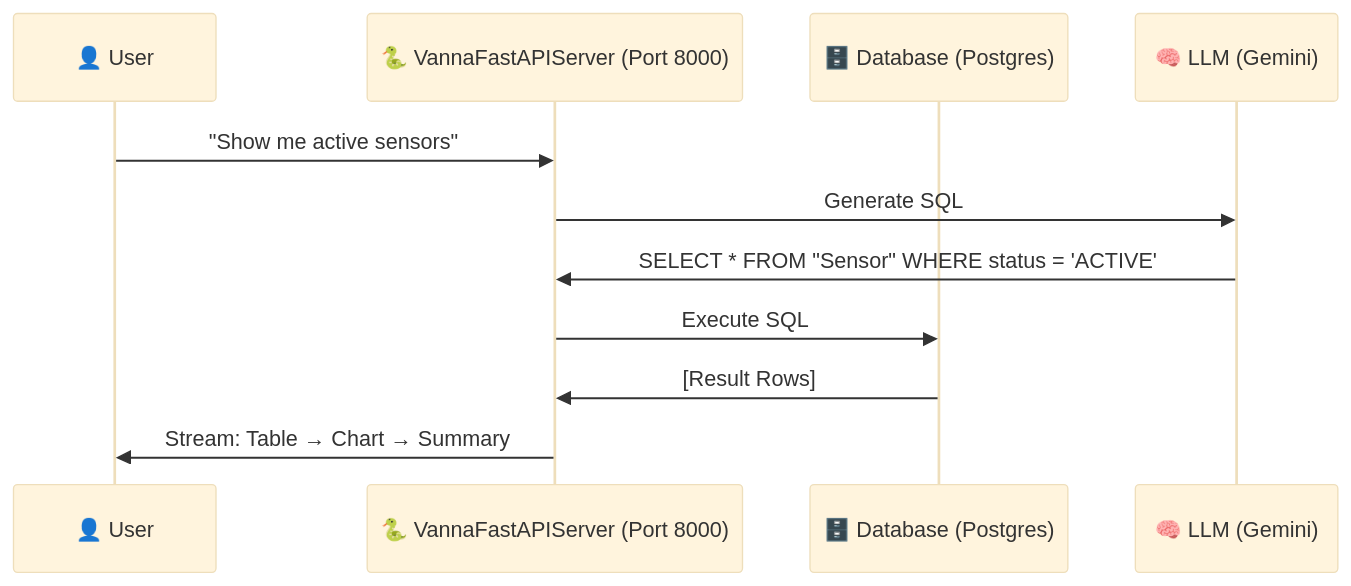
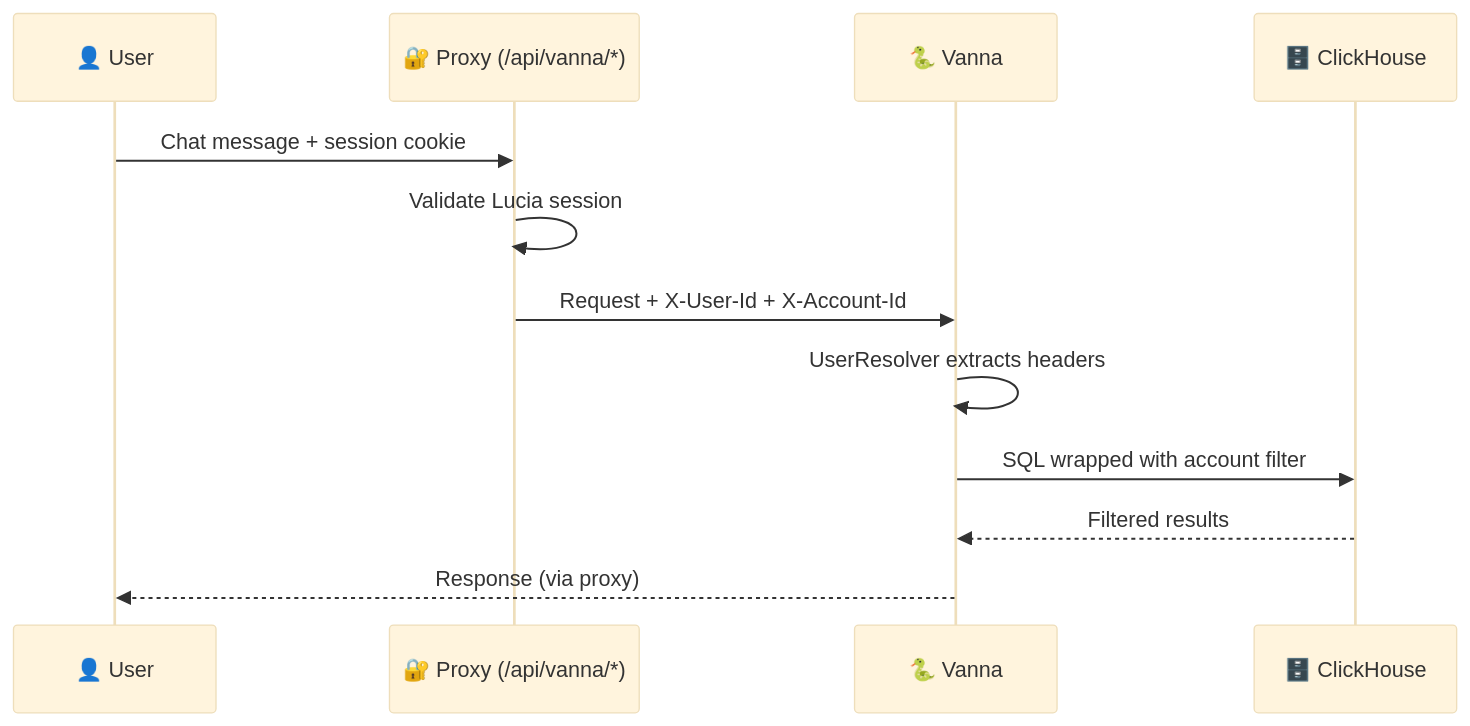
Before and after one commit to Tis1201/data_fs04: the second of 2 diagrams in docs/architecture/llm/llm.md, drawn with Mermaid (base theme). The commit also changed other lines of this file and 2 other files, not shown here.

Commit message:
feat: Add SvelteKit API proxy for Vanna.ai to enable authenticated requests with user context and update chat UI to use it.

````diff
--- a/docs/architecture/llm/llm.md
+++ b/docs/architecture/llm/llm.md
@@ -40,14 +32,15 @@
 ```mermaid
 sequenceDiagram
     participant U as 👤 User
-    participant V as 🐍 VannaFastAPIServer (Port 8000)
-    participant DB as 🗄️ Database (Postgres)
-    participant AI as 🧠 LLM (Gemini)
+    participant P as 🔐 Proxy (/api/vanna/*)
+    participant V as 🐍 Vanna
+    participant DB as 🗄️ ClickHouse
 
-    U->>V: "Show me active sensors"
-    V->>AI: Generate SQL
-    AI->>V: SELECT * FROM "Sensor" WHERE status = 'ACTIVE';
-    V->>DB: Execute SQL
-    DB->>V: [Result Rows]
-    V->>U: Stream: Table → Chart → Summary
+    U->>P: Chat message + session cookie
+    P->>P: Validate Lucia session
+    P->>V: Request + X-User-Id + X-Account-Id
+    V->>V: UserResolver extracts headers
+    V->>DB: SQL wrapped with account filter
+    DB-->>V: Filtered results
+    V-->>U: Response (via proxy)
 ```
````
